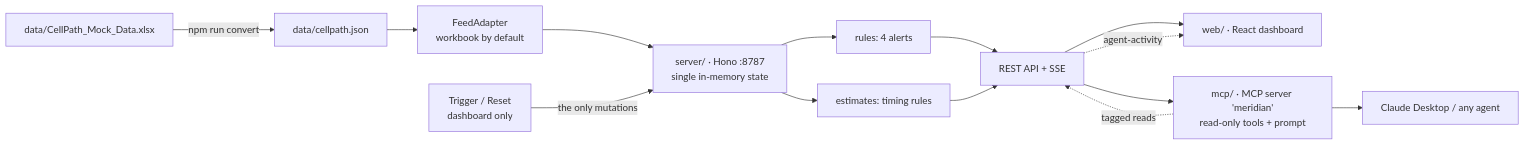
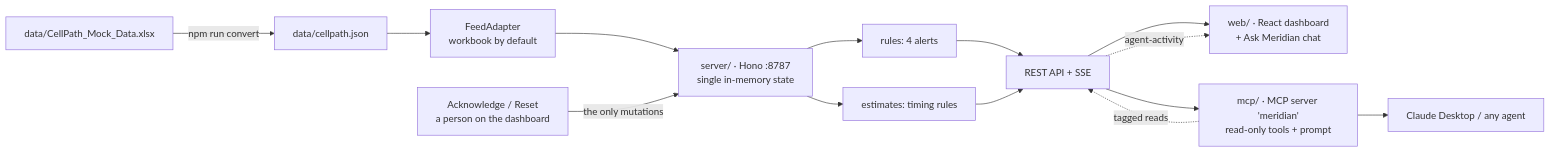
Before and after one commit to science-works/rtw-2026-meridian: the diagram in README.md, drawn with Mermaid. The commit also changed other lines of this file and 41 other files, not shown here.

````diff
--- a/README.md
+++ b/README.md
@@ -68,15 +77,15 @@
 ```mermaid
 flowchart LR
   X[data/CellPath_Mock_Data.xlsx] -->|npm run convert| J[data/cellpath.json]
   J --> F[FeedAdapter<br/>workbook by default]
   F --> S[server/ · Hono :8787<br/>single in-memory state]
   S --> R[rules: 4 alerts]
   S --> E[estimates: timing rules]
   R & E --> A[REST API + SSE]
-  T[Trigger / Reset<br/>dashboard only] -->|the only mutations| S
-  A --> W[web/ · React dashboard]
+  T[Acknowledge / Reset<br/>a person on the dashboard] -->|the only mutations| S
+  A --> W[web/ · React dashboard<br/>+ Ask Meridian chat]
   A --> M[mcp/ · MCP server 'meridian'<br/>read-only tools + prompt]
   M --> C[Claude Desktop / any agent]
   M -. tagged reads .-> A
   A -. agent-activity .-> W
 ```
````
